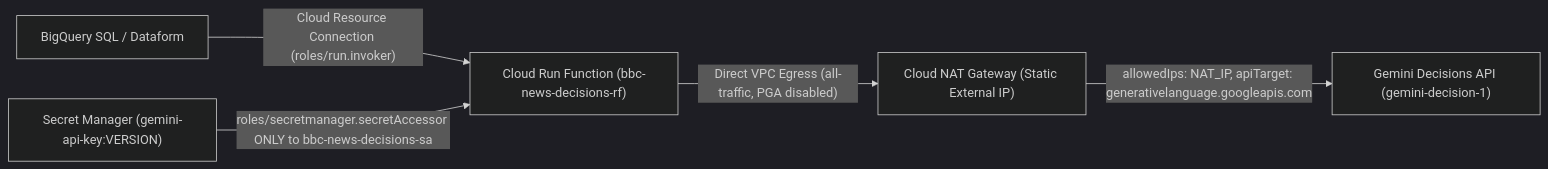
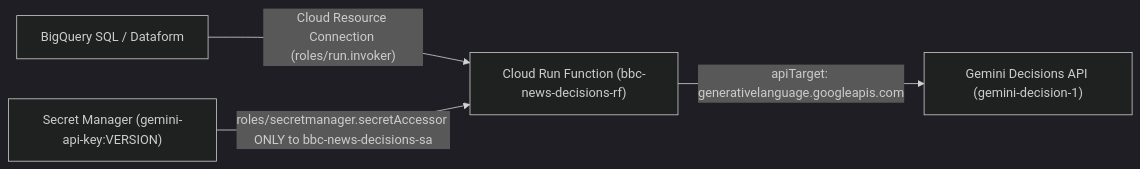
Before and after one commit to fmsedrez/google-decision-api-demo: the diagram in README.md, drawn with Mermaid (dark theme). The commit also changed other lines of this file and 4 other files, not shown here.

First line of the commit message:
refactor: Streamline Gemini API key security model

````diff
--- a/README.md
+++ b/README.md
@@ -17,7 +17,6 @@
 ```mermaid
 flowchart LR
     BQ["BigQuery SQL / Dataform"] -->|"Cloud Resource Connection (roles/run.invoker)"| CR["Cloud Run Function (bbc-news-decisions-rf)"]
     SM["Secret Manager (gemini-api-key:VERSION)"] -->|"roles/secretmanager.secretAccessor ONLY to bbc-news-decisions-sa"| CR
-    CR -->|"Direct VPC Egress (all-traffic, PGA disabled)"| NAT["Cloud NAT Gateway (Static External IP)"]
-    NAT -->|"allowedIps: NAT_IP, apiTarget: generativelanguage.googleapis.com"| GEM["Gemini Decisions API (gemini-decision-1)"]
+    CR -->|"apiTarget: generativelanguage.googleapis.com"| GEM["Gemini Decisions API (gemini-decision-1)"]
 ```
````
